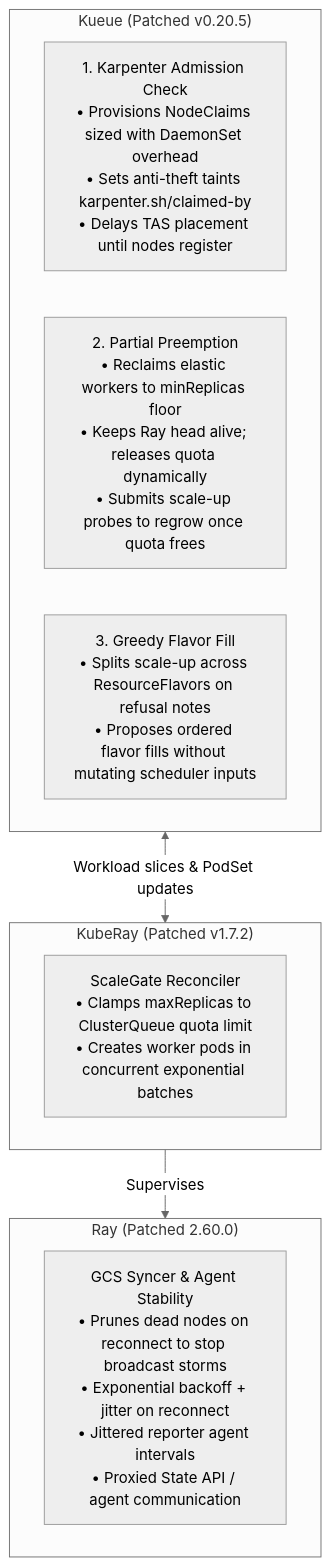
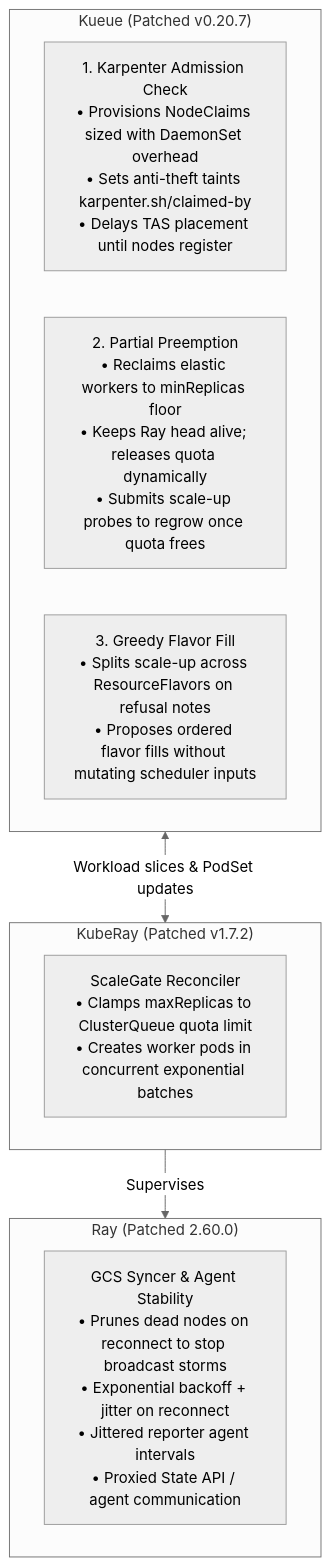
One commit to simonepri/elastic-kueue-kuberay-patches changed the diagram in readme.md. Above: the diagram before and after it, drawn with Mermaid (neutral theme). The commit also changed other lines of this file and 25 other files, not shown here.

````diff
--- a/readme.md
+++ b/readme.md
@@ -33,19 +33,19 @@
 ```mermaid
 flowchart TD
-    subgraph Kueue ["Kueue (Patched v0.20.5)"]
+    subgraph Kueue ["Kueue (Patched v0.20.7)"]
         K1["1. Karpenter Admission Check<br>• Provisions NodeClaims sized with DaemonSet overhead<br>• Sets anti-theft taints karpenter.sh/claimed-by<br>• Delays TAS placement until nodes register"]
         K2["2. Partial Preemption<br>• Reclaims elastic workers to minReplicas floor<br>• Keeps Ray head alive; releases quota dynamically<br>• Submits scale-up probes to regrow once quota frees"]
         K3["3. Greedy Flavor Fill<br>• Splits scale-up across ResourceFlavors on refusal notes<br>• Proposes ordered flavor fills without mutating scheduler inputs"]
     end
 
     subgraph KubeRay ["KubeRay (Patched v1.7.2)"]
         KR1["ScaleGate Reconciler<br>• Clamps maxReplicas to ClusterQueue quota limit<br>• Creates worker pods in concurrent exponential batches"]
     end
 
     subgraph RayCore ["Ray (Patched 2.60.0)"]
         RC1["GCS Syncer & Agent Stability<br>• Prunes dead nodes on reconnect to stop broadcast storms<br>• Exponential backoff + jitter on reconnect<br>• Jittered reporter agent intervals<br>• Proxied State API / agent communication"]
     end
 
     Kueue <-->|"Workload slices & PodSet updates"| KubeRay
     KubeRay -->|"Supervises"| RayCore
 ```
````
